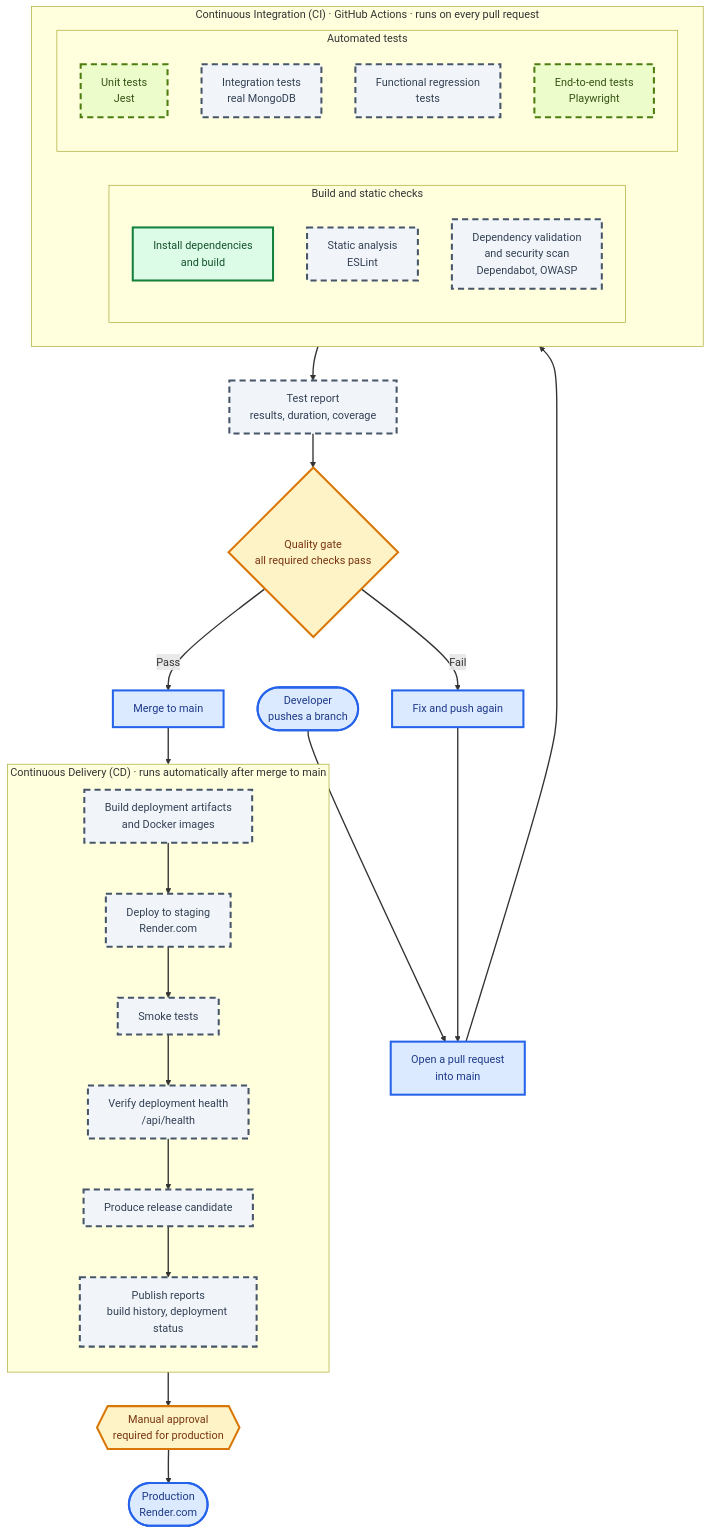
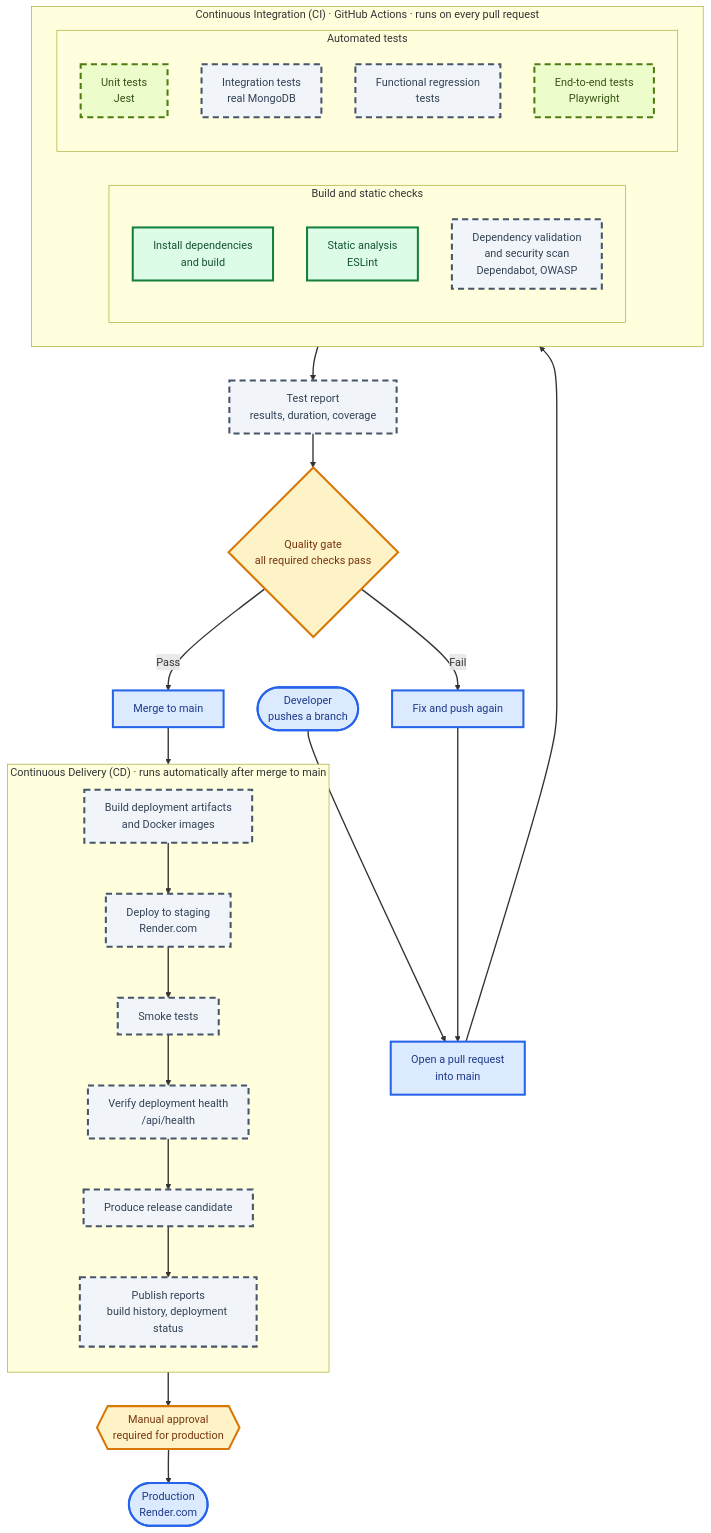
The first of 2 diagrams in README.md (IT7993-FALL-2026-PEERS/ProjectPeerEvaluation), drawn with Mermaid before and after one commit. The commit also changed other lines of this file and 2 other files, not shown here.

````diff
--- a/README.md
+++ b/README.md
@@ -55,56 +55,56 @@
 ```mermaid
 flowchart TB
     DEV(["Developer<br/>pushes a branch"]) --> PR["Open a pull request<br/>into main"]
 
     subgraph CI["Continuous Integration (CI) · GitHub Actions · runs on every pull request"]
         direction LR
         subgraph STATIC["Build and static checks"]
             direction TB
             BUILD_APP["Install dependencies<br/>and build"]
             LINT["Static analysis<br/>ESLint"]
             SEC["Dependency validation<br/>and security scan<br/>Dependabot, OWASP"]
         end
         subgraph TESTS["Automated tests"]
             direction TB
             UNIT["Unit tests<br/>Jest"]
             INTEG["Integration tests<br/>real MongoDB"]
             REG["Functional regression<br/>tests"]
             E2E["End-to-end tests<br/>Playwright"]
         end
     end
 
     PR --> CI
     CI --> REPORT["Test report<br/>results, duration, coverage"]
     REPORT --> GATE{"Quality gate<br/>all required checks pass"}
     GATE -- "Fail" --> FIX["Fix and push again"]
     FIX --> PR
     GATE -- "Pass" --> MERGE["Merge to main"]
 
     subgraph CD["Continuous Delivery (CD) · runs automatically after merge to main"]
         direction TB
         ARTIFACTS["Build deployment artifacts<br/>and Docker images"]
         STG["Deploy to staging<br/>Render.com"]
         SMOKE["Smoke tests"]
         HEALTH["Verify deployment health<br/>/api/health"]
         RC["Produce release candidate"]
         DREPORT["Publish reports<br/>build history, deployment status"]
         ARTIFACTS --> STG --> SMOKE --> HEALTH --> RC --> DREPORT
     end
 
     MERGE --> ARTIFACTS
     DREPORT --> APPROVE{{"Manual approval<br/>required for production"}}
     APPROVE --> PROD(["Production<br/>Render.com"])
 
     classDef done fill:#dcfce7,stroke:#15803d,color:#14532d,stroke-width:3px
     classDef partial fill:#ecfccb,stroke:#4d7c0f,color:#365314,stroke-width:3px,stroke-dasharray: 9 6
     classDef planned fill:#f1f5f9,stroke:#475569,color:#334155,stroke-width:3px,stroke-dasharray: 9 6
     classDef gate fill:#fef3c7,stroke:#d97706,color:#78350f,stroke-width:3px
     classDef endpoint fill:#dbeafe,stroke:#2563eb,color:#1e3a8a,stroke-width:3px
     linkStyle default stroke-width:2px
 
-    class BUILD_APP done
+    class BUILD_APP,LINT done
     class UNIT,E2E partial
-    class LINT,SEC,INTEG,REG,REPORT,ARTIFACTS,STG,SMOKE,HEALTH,RC,DREPORT planned
+    class SEC,INTEG,REG,REPORT,ARTIFACTS,STG,SMOKE,HEALTH,RC,DREPORT planned
     class GATE,APPROVE gate
     class DEV,PROD,PR,MERGE,FIX endpoint
 ```
````
